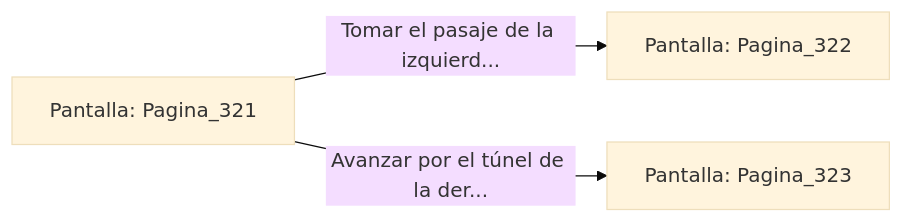
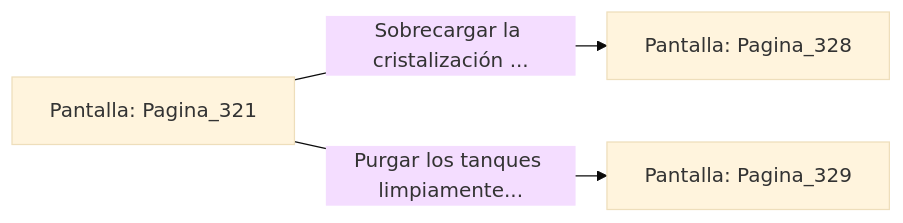
Before and after one commit to metsuke/mpl: the diagram in sample/eligejuego-vault/Pantalla_Pagina_321.md, drawn with Mermaid (base theme). The commit also changed other lines of this file and 635 other files, not shown here.

First line of the commit message:
fix: añadir Pagina_1 como pantalla inicial en capitulo_01.mpl

````diff
--- a/sample/eligejuego-vault/Pantalla_Pagina_321.md
+++ b/sample/eligejuego-vault/Pantalla_Pagina_321.md
@@ -20,6 +24,6 @@
 ```mermaid
 graph LR
     P_Pagina_321["Pantalla: Pagina_321"]
-    P_Pagina_321 -->|"Tomar el pasaje de la izquierd..."| P_Pagina_322["Pantalla: Pagina_322"]
-    P_Pagina_321 -->|"Avanzar por el túnel de la der..."| P_Pagina_323["Pantalla: Pagina_323"]
+    P_Pagina_321 -->|"Sobrecargar la cristalización ..."| P_Pagina_328["Pantalla: Pagina_328"]
+    P_Pagina_321 -->|"Purgar los tanques limpiamente..."| P_Pagina_329["Pantalla: Pagina_329"]
 ```
````
